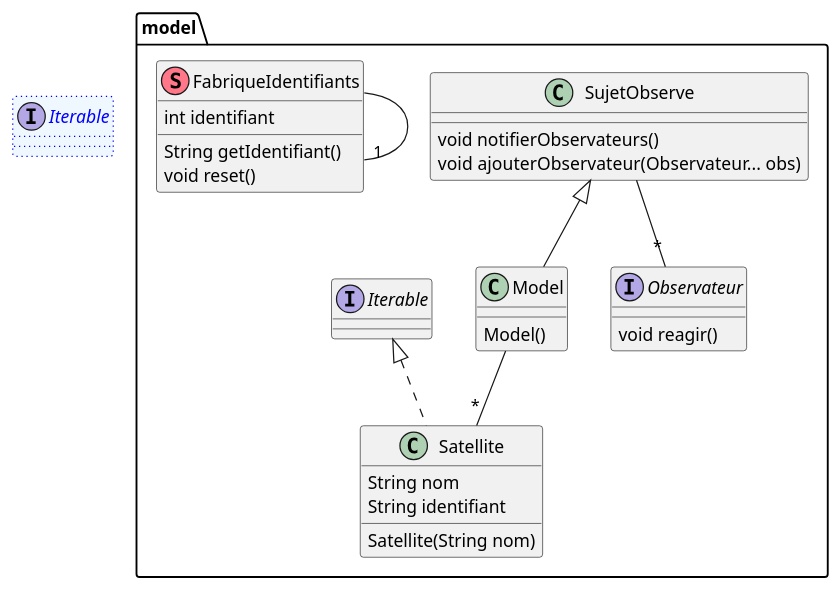
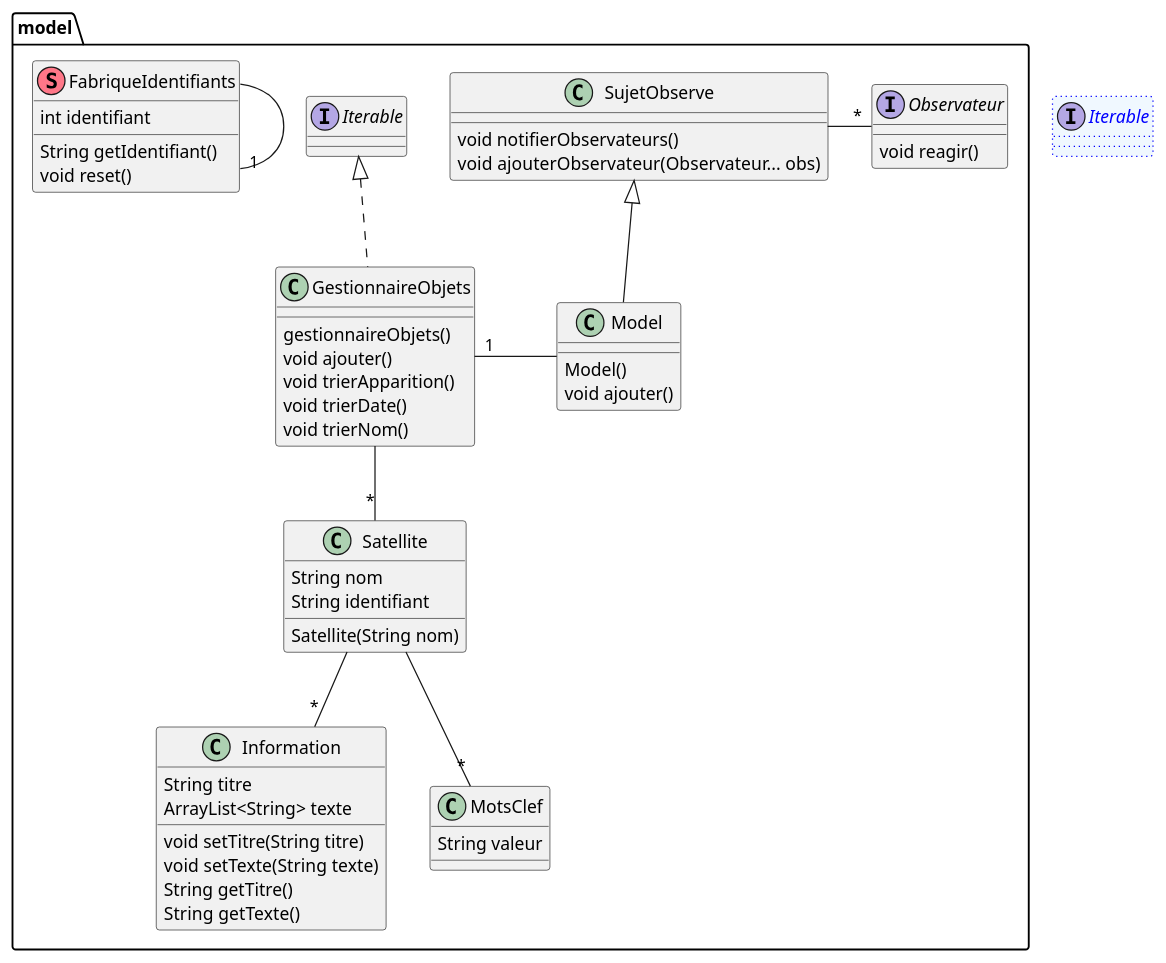
One commit to BapDiedler/collectionSatellite changed the diagram in documentation/diagramme/DiagrammeModel.puml. Above: the diagram before and after it, drawn with PlantUML. The commit also changed 1 other file, not shown here.

Commit message:
amélioration du model en diagramme

```diff
--- a/documentation/diagramme/DiagrammeModel.puml
+++ b/documentation/diagramme/DiagrammeModel.puml
@@ -1,41 +1,66 @@
 @startuml
 'https://plantuml.com/class-diagram
 
 interface Iterable #aliceblue;line:blue;line.dotted;text:blue
 
 
 package model{
 
     class Model extends SujetObserve{
         Model()
+        void ajouter()
     }
 
-    class Satellite implements Iterable{
+    class GestionnaireObjets implements Iterable{
+        gestionnaireObjets()
+        void ajouter()
+        void trierApparition()
+        void trierDate()
+        void trierNom()
+    }
+
+    class Satellite{
         String nom
         String identifiant
         Satellite(String nom)
     }
 
     class SujetObserve{
         void notifierObservateurs()
         void ajouterObservateur(Observateur... obs)
     }
 
     interface Observateur{
         void reagir()
     }
 
     class FabriqueIdentifiants<<(S,#FF7788)>>{
        int identifiant
        String getIdentifiant()
        void reset()
     }
 
+    class Information {
+        String titre
+        ArrayList<String> texte
+        void setTitre(String titre)
+        void setTexte(String texte)
+        String getTitre()
+        String getTexte()
+    }
+
+    class MotsClef {
+        String valeur
+    }
+
 }
 
 FabriqueIdentifiants --"1" FabriqueIdentifiants
-SujetObserve --"*" Observateur
-Model --"*" Satellite
+SujetObserve -right-"*" Observateur
+Model -left-"1" GestionnaireObjets
+GestionnaireObjets --"*" Satellite
+Satellite --"*" Information
+Satellite --"*" MotsClef
 
 
 @enduml
```
